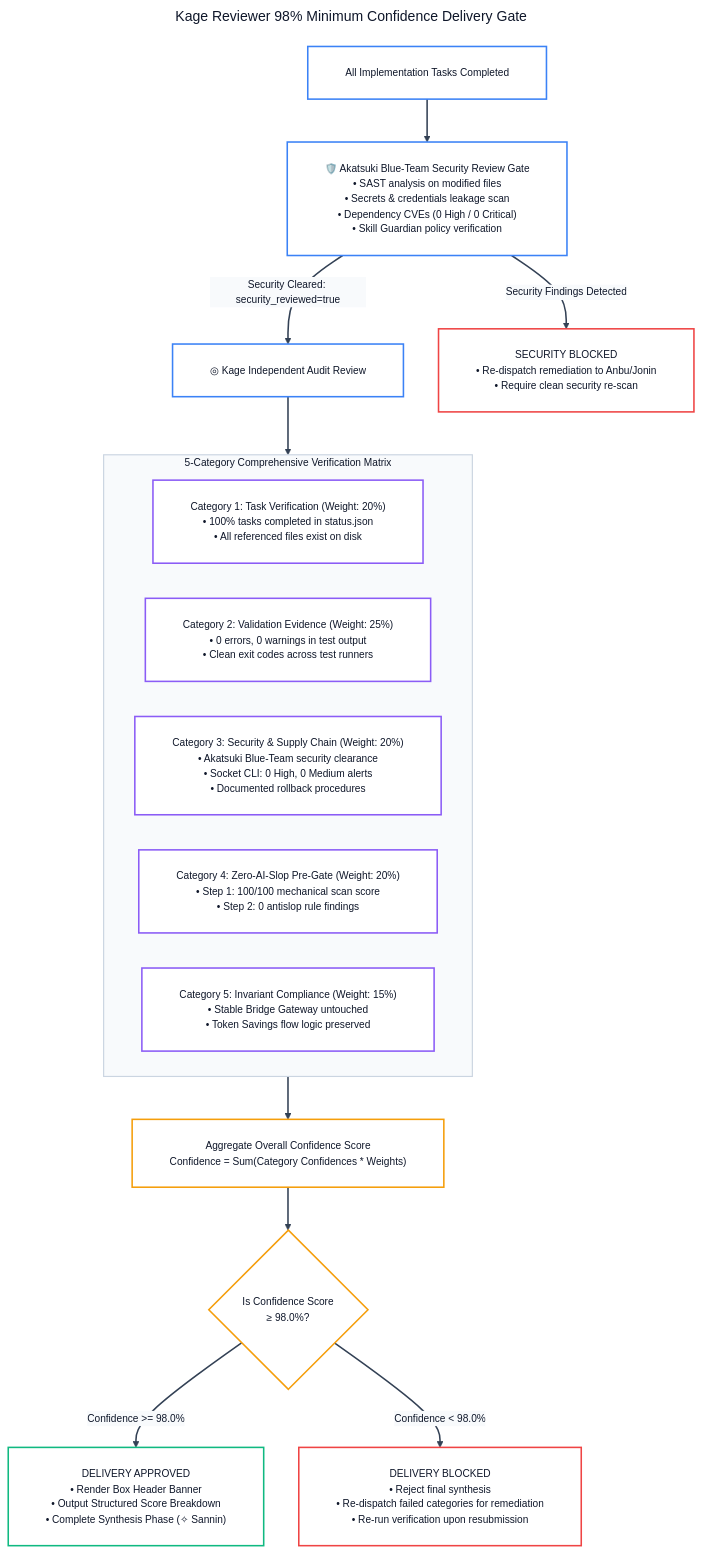
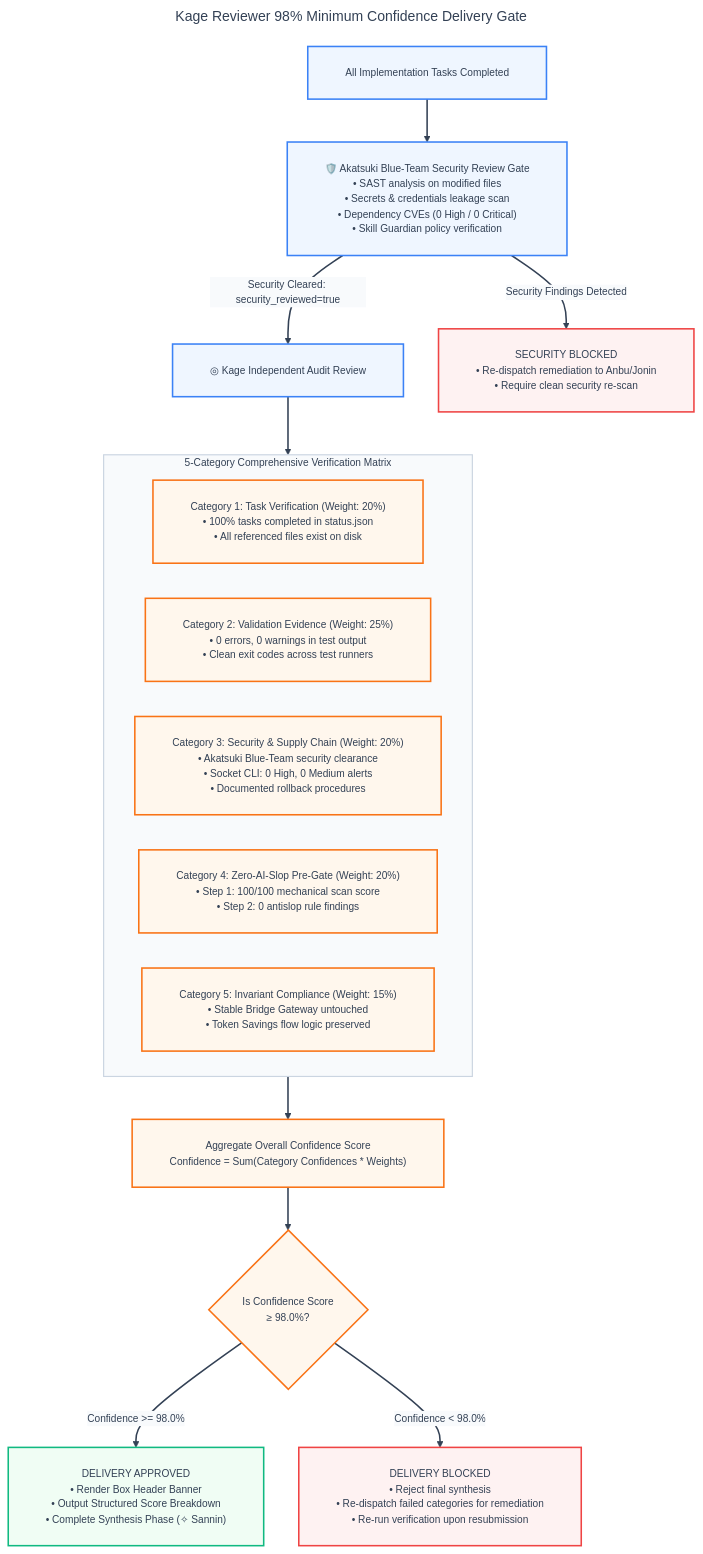
One commit to andycungkrinx91/konoha changed diagram 11 of 19 in docs/ALL-WORKFLOW-DIAGRAMS.md. Above: the diagram before and after it, drawn with Mermaid. The commit also changed other lines of this file and 136 other files, not shown here.

````diff
--- a/docs/ALL-WORKFLOW-DIAGRAMS.md
+++ b/docs/ALL-WORKFLOW-DIAGRAMS.md
@@ -691,62 +691,62 @@
 ```mermaid
 ---
 title: Kage Reviewer 98% Minimum Confidence Delivery Gate
 config:
   theme: base
   themeVariables:
     darkMode: false
     background: '#ffffff'
-    mainBkg: '#ffffff'
-    primaryColor: '#ffffff'
-    primaryTextColor: '#0f172a'
-    primaryBorderColor: '#f59e0b'
+    mainBkg: '#eff6ff'
+    primaryColor: '#eff6ff'
+    primaryTextColor: '#334155'
+    primaryBorderColor: '#3b82f6'
     lineColor: '#334155'
     arrowheadColor: '#334155'
     secondaryColor: '#f8fafc'
-    tertiaryColor: '#ffffff'
+    tertiaryColor: '#f0fdf4'
     fontFamily: 'Inter, system-ui, -apple-system, sans-serif'
     fontSize: '13px'
   flowchart:
     nodeSpacing: 45
     rankSpacing: 55
     padding: 24
     wrappingWidth: 380
 ---
 flowchart TD
     TasksDone["All Implementation Tasks Completed"] --> AkatsukiGate["🛡️ Akatsuki Blue-Team Security Review Gate<br/>• SAST analysis on modified files<br/>• Secrets &amp; credentials leakage scan<br/>• Dependency CVEs (0 High / 0 Critical)<br/>• Skill Guardian policy verification"]
     
     AkatsukiGate -->|Security Cleared: security_reviewed=true| KageAudit["◎ Kage Independent Audit Review"]
     AkatsukiGate -->|Security Findings Detected| BlockedSec["SECURITY BLOCKED<br/>• Re-dispatch remediation to Anbu/Jonin<br/>• Require clean security re-scan"]
 
     subgraph CriteriaMatrix ["5-Category Comprehensive Verification Matrix"]
         C1["Category 1: Task Verification (Weight: 20%)<br/>• 100% tasks completed in status.json<br/>• All referenced files exist on disk"]
         C2["Category 2: Validation Evidence (Weight: 25%)<br/>• 0 errors, 0 warnings in test output<br/>• Clean exit codes across test runners"]
         C3["Category 3: Security &amp; Supply Chain (Weight: 20%)<br/>• Akatsuki Blue-Team security clearance<br/>• Socket CLI: 0 High, 0 Medium alerts<br/>• Documented rollback procedures"]
         C4["Category 4: Zero-AI-Slop Pre-Gate (Weight: 20%)<br/>• Step 1: 100/100 mechanical scan score<br/>• Step 2: 0 antislop rule findings"]
         C5["Category 5: Invariant Compliance (Weight: 15%)<br/>• Stable Bridge Gateway untouched<br/>• Token Savings flow logic preserved"]
     end
 
     KageAudit --> CriteriaMatrix
     CriteriaMatrix --> Aggregate["Aggregate Overall Confidence Score<br/>Confidence = Sum(Category Confidences * Weights)"]
 
     Aggregate --> ConfidenceThreshold{"Is Confidence Score<br/>≥ 98.0%?"}
 
     ConfidenceThreshold -- "Confidence >= 98.0%" --> Approved["DELIVERY APPROVED<br/>• Render Box Header Banner<br/>• Output Structured Score Breakdown<br/>• Complete Synthesis Phase (✧ Sannin)"]
 
     ConfidenceThreshold -- "Confidence < 98.0%" --> Blocked["DELIVERY BLOCKED<br/>• Reject final synthesis<br/>• Re-dispatch failed categories for remediation<br/>• Re-run verification upon resubmission"]
 
     linkStyle default stroke:#334155,stroke-width:2px;
-    style CriteriaMatrix fill:#f8fafc,stroke:#cbd5e1,stroke-width:1.5px,color:#0f172a;
+    style CriteriaMatrix fill:#f8fafc,stroke:#cbd5e1,stroke-width:1.5px,color:#334155;
 
-    classDef auditNode fill:#ffffff,stroke:#3b82f6,color:#0f172a,stroke-width:2px;
-    classDef criteriaNode fill:#ffffff,stroke:#8b5cf6,color:#0f172a,stroke-width:2px;
-    classDef evalNode fill:#ffffff,stroke:#f59e0b,color:#0f172a,stroke-width:2px;
-    classDef passNode fill:#ffffff,stroke:#10b981,color:#0f172a,stroke-width:2px;
-    classDef blockNode fill:#ffffff,stroke:#ef4444,color:#0f172a,stroke-width:2px;
+    classDef auditNode fill:#eff6ff,stroke:#3b82f6,color:#334155,stroke-width:2px;
+    classDef criteriaNode fill:#fff7ed,stroke:#f97316,color:#334155,stroke-width:2px;
+    classDef evalNode fill:#fff7ed,stroke:#f97316,color:#334155,stroke-width:2px;
+    classDef passNode fill:#f0fdf4,stroke:#10b981,color:#334155,stroke-width:2px;
+    classDef blockNode fill:#fef2f2,stroke:#ef4444,color:#334155,stroke-width:2px;
 
     class TasksDone,KageAudit,AkatsukiGate auditNode;
     class C1,C2,C3,C4,C5 criteriaNode;
     class Aggregate,ConfidenceThreshold evalNode;
     class Approved passNode;
     class Blocked,BlockedSec blockNode;
 ```
````
